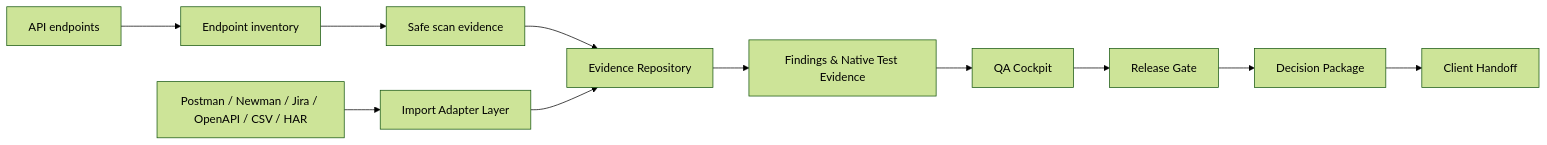
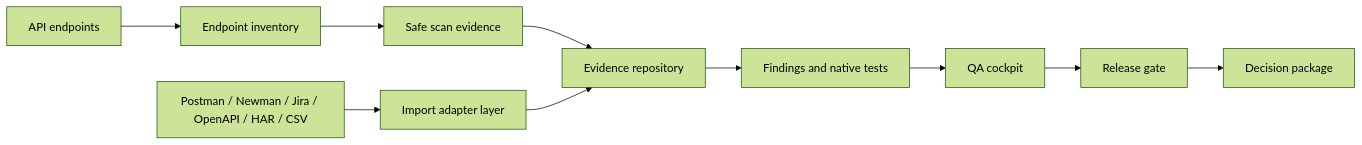
Before and after one commit to Szujo-Janos/Aptoria: the diagram in README.md, drawn with Mermaid (forest theme). The commit also changed other lines of this file and 90 other files, not shown here.

````diff
--- a/README.md
+++ b/README.md
@@ -52,13 +37,12 @@
 ```mermaid
 flowchart LR
     A[API endpoints] --> B[Endpoint inventory]
     B --> C[Safe scan evidence]
-    D[Postman / Newman / Jira / OpenAPI / CSV / HAR] --> E[Import Adapter Layer]
-    C --> F[Evidence Repository]
+    D[Postman / Newman / Jira / OpenAPI / HAR / CSV] --> E[Import adapter layer]
+    C --> F[Evidence repository]
     E --> F
-    F --> G[Findings & Native Test Evidence]
-    G --> H[QA Cockpit]
-    H --> I[Release Gate]
-    I --> J[Decision Package]
-    J --> K[Client Handoff]
+    F --> G[Findings and native tests]
+    G --> H[QA cockpit]
+    H --> I[Release gate]
+    I --> J[Decision package]
 ```
````
